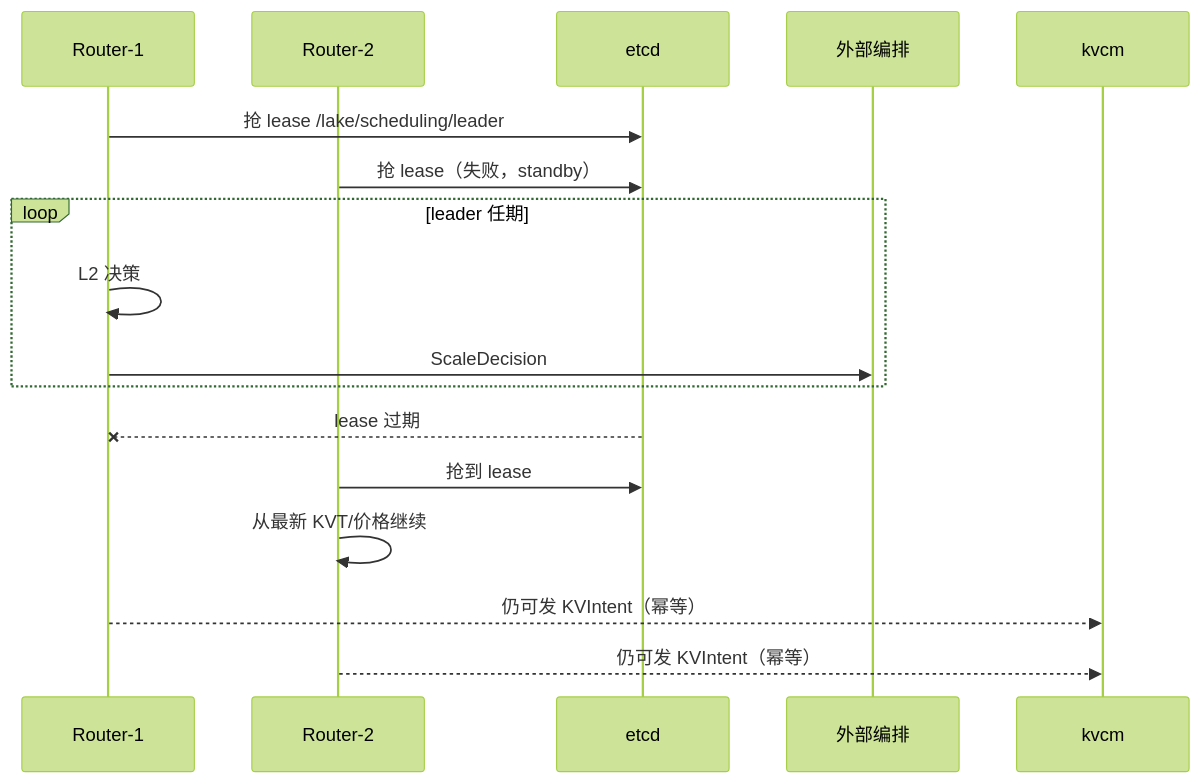
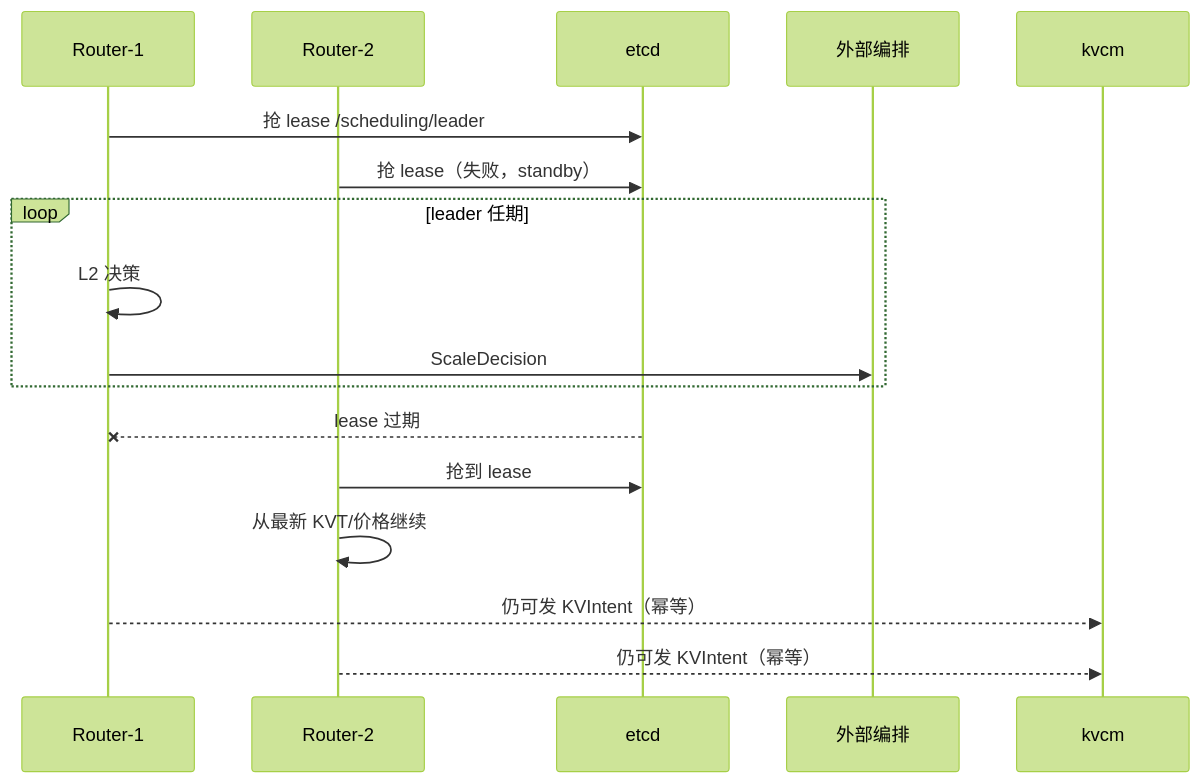
Before and after one commit to 5x8-40/lake: the ninth of 10 diagrams in kvcm/design/flows/scheduling.md, drawn with Mermaid (forest theme). The commit also changed other lines of this file and 3 other files, not shown here.

````diff
--- a/kvcm/design/flows/scheduling.md
+++ b/kvcm/design/flows/scheduling.md
@@ -255,20 +255,20 @@
 ```mermaid
 sequenceDiagram
     participant R1 as Router-1
     participant R2 as Router-2
     participant E as etcd
     participant O as 外部编排
     participant K as kvcm
 
-    R1->>E: 抢 lease /lake/scheduling/leader
+    R1->>E: 抢 lease /scheduling/leader
     R2->>E: 抢 lease（失败，standby）
     loop leader 任期
         R1->>R1: L2 决策
         R1->>O: ScaleDecision
     end
     E--xR1: lease 过期
     R2->>E: 抢到 lease
     R2->>R2: 从最新 KVT/价格继续
     R1-->>K: 仍可发 KVIntent（幂等）
     R2-->>K: 仍可发 KVIntent（幂等）
 ```
````
